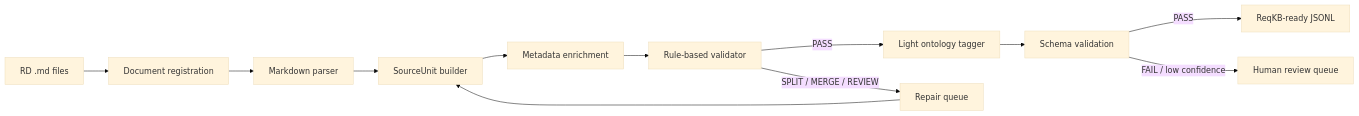
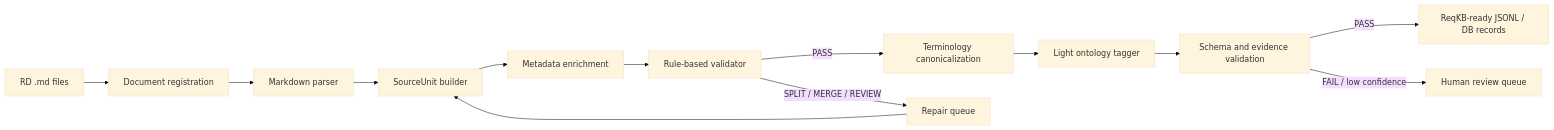
The diagram in poc/reqkb-ingestion-workflow/README.md (lechihuy-droid/bd-chunk-project), drawn with Mermaid (base theme) before and after one commit. The commit also changed other lines of this file, not shown here.

Commit message:
docs(poc): detail ReqKB ingestion step requirements

````diff
--- a/poc/reqkb-ingestion-workflow/README.md
+++ b/poc/reqkb-ingestion-workflow/README.md
@@ -34,14 +43,15 @@
 ```mermaid
 flowchart LR
     A[RD .md files] --> B[Document registration]
     B --> C[Markdown parser]
     C --> D[SourceUnit builder]
     D --> E[Metadata enrichment]
     E --> F[Rule-based validator]
-    F -->|PASS| G[Light ontology tagger]
+    F -->|PASS| G[Terminology canonicalization]
     F -->|SPLIT / MERGE / REVIEW| H[Repair queue]
     H --> D
-    G --> I[Schema validation]
-    I -->|PASS| J[ReqKB-ready JSONL]
-    I -->|FAIL / low confidence| K[Human review queue]
+    G --> I[Light ontology tagger]
+    I --> J[Schema and evidence validation]
+    J -->|PASS| K[ReqKB-ready JSONL / DB records]
+    J -->|FAIL / low confidence| L[Human review queue]
 ```
````
